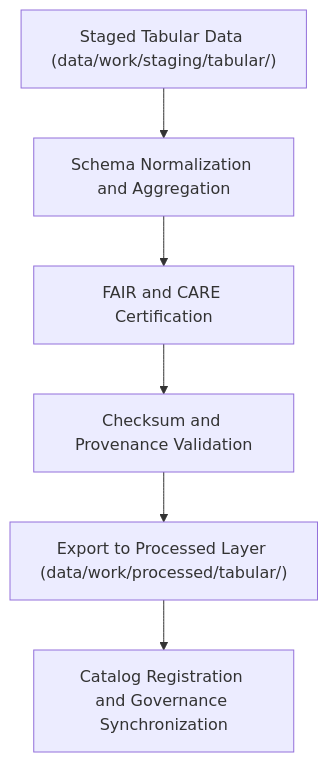
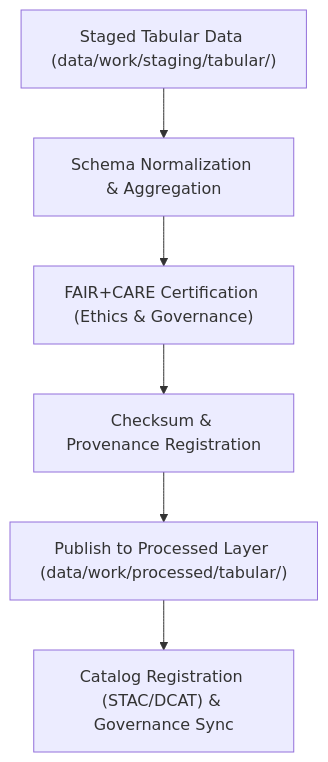
The diagram in data/work/processed/tabular/README.md (bartytime4life/Kansas-Frontier-Matrix), drawn with Mermaid before and after one commit. The commit also changed other lines of this file, not shown here.

````diff
--- a/data/work/processed/tabular/README.md
+++ b/data/work/processed/tabular/README.md
@@ -61,8 +67,8 @@
 ```mermaid
 flowchart TD
-    A["Staged Tabular Data (data/work/staging/tabular/)"] --> B["Schema Normalization and Aggregation"]
-    B --> C["FAIR and CARE Certification"]
-    C --> D["Checksum and Provenance Validation"]
-    D --> E["Export to Processed Layer (data/work/processed/tabular/)"]
-    E --> F["Catalog Registration and Governance Synchronization"]
+    A["Staged Tabular Data (data/work/staging/tabular/)"] --> B["Schema Normalization & Aggregation"]
+    B --> C["FAIR+CARE Certification (Ethics & Governance)"]
+    C --> D["Checksum & Provenance Registration"]
+    D --> E["Publish to Processed Layer (data/work/processed/tabular/)"]
+    E --> F["Catalog Registration (STAC/DCAT) & Governance Sync"]
 ```
````
